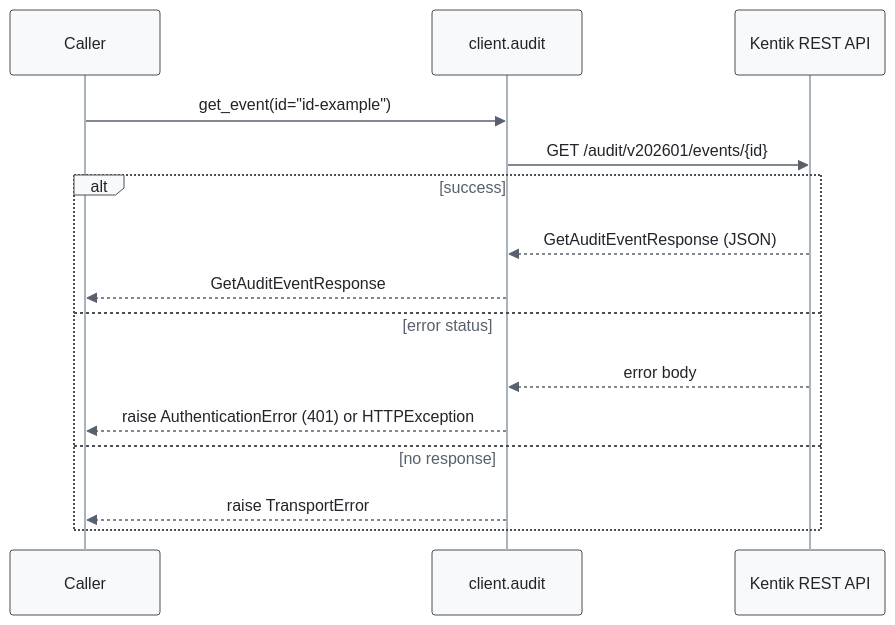
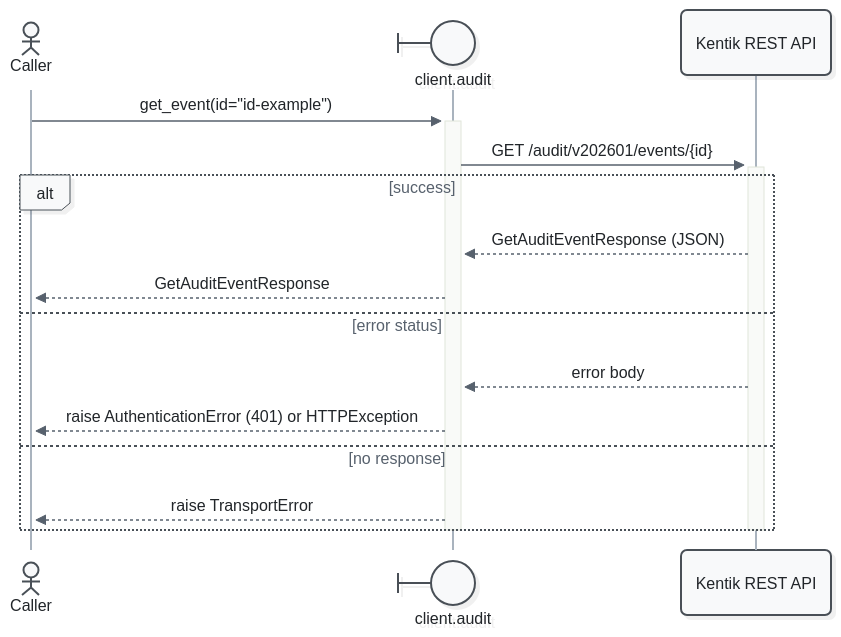
One commit to alexdearaujo/community_sdk_python changed the third of 7 diagrams in docs/sphinx/services/audit.md. Above: the diagram before and after it, drawn with Mermaid. The commit also changed other lines of this file and 52 other files, not shown here.

First line of the commit message:
docs: Mermaid 12 sequence diagrams with participant types and path colors

````diff
--- a/docs/sphinx/services/audit.md
+++ b/docs/sphinx/services/audit.md
@@ -112,19 +117,21 @@
 ```mermaid
-%%{init: {"theme": "base", "fontFamily": "ui-monospace, SFMono-Regular, Menlo, monospace", "themeVariables": {"fontFamily": "ui-monospace, SFMono-Regular, Menlo, monospace", "primaryColor": "#f8f9fa", "primaryBorderColor": "#495057", "primaryTextColor": "#212529", "textColor": "#212529", "lineColor": "#77818c", "edgeLabelBackground": "#ffffff", "actorBkg": "#f8f9fa", "actorBorder": "#495057", "actorTextColor": "#212529", "actorLineColor": "#a9b3be", "signalColor": "#57616d", "signalTextColor": "#212529", "labelBoxBkgColor": "#f8f9fa", "labelBoxBorderColor": "#495057", "labelTextColor": "#212529", "loopTextColor": "#57616d", "noteBkgColor": "#fff9db", "noteBorderColor": "#f08c00", "noteTextColor": "#a35a00"}, "flowchart": {"curve": "step", "nodeSpacing": 30, "rankSpacing": 70, "wrappingWidth": 400}}}%%
+%%{init: {"theme": "redux", "look": "neo", "layout": "dagre", "fontFamily": "ui-monospace, SFMono-Regular, Menlo, monospace", "themeVariables": {"fontFamily": "ui-monospace, SFMono-Regular, Menlo, monospace", "primaryColor": "#f8f9fa", "primaryBorderColor": "#495057", "primaryTextColor": "#212529", "textColor": "#212529", "lineColor": "#77818c", "edgeLabelBackground": "#ffffff", "actorBkg": "#f8f9fa", "actorBorder": "#495057", "actorTextColor": "#212529", "actorLineColor": "#a9b3be", "signalColor": "#57616d", "signalTextColor": "#212529", "labelBoxBkgColor": "#f8f9fa", "labelBoxBorderColor": "#495057", "labelTextColor": "#212529", "loopTextColor": "#57616d", "noteBkgColor": "#fff9db", "noteBorderColor": "#f08c00", "noteTextColor": "#a35a00"}, "sequence": {"activationWidth": 16}, "flowchart": {"curve": "step", "nodeSpacing": 30, "rankSpacing": 70, "wrappingWidth": 400}}}%%
 sequenceDiagram
-    participant C as Caller
-    participant W as client.audit
+    actor C as Caller
+    participant W@{ "type": "boundary" } as client.audit
     participant API as Kentik REST API
 
-    C->>W: get_event(id="id-example")
-    W->>API: GET /audit/v202601/events/{id}
+    C->>+W: get_event(id="id-example")
+    W->>+API: GET /audit/v202601/events/{id}
     alt success
         API-->>W: GetAuditEventResponse (JSON)
         W-->>C: GetAuditEventResponse
     else error status
         API-->>W: error body
         W-->>C: raise AuthenticationError (401) or HTTPException
     else no response
         W-->>C: raise TransportError
     end
+    deactivate API
+    deactivate W
 ```
````
